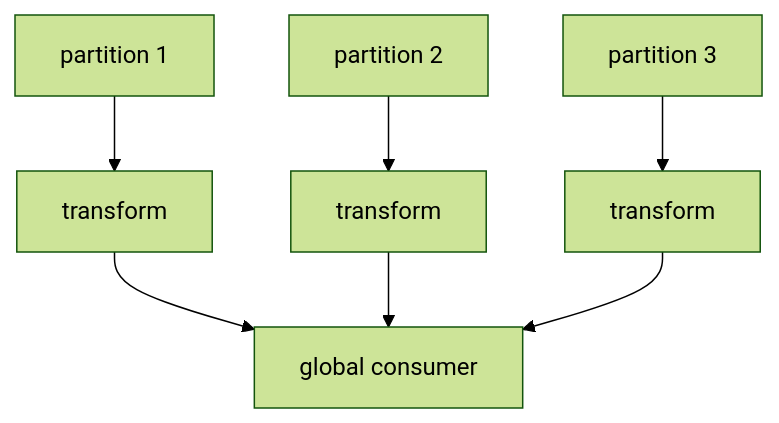
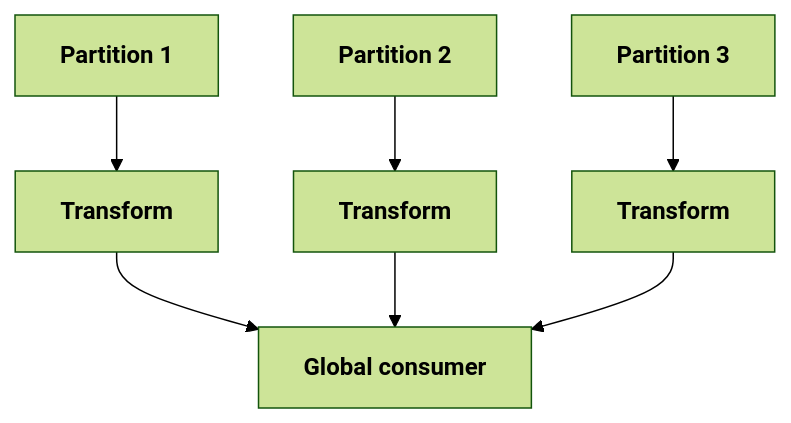
The third of 5 diagrams in docs/execution/plan.md (FAST-HEP/fasthep-flow), drawn with Mermaid (forest theme) before and after one commit. The commit also changed other lines of this file and 7 other files, not shown here.

````diff
--- a/docs/execution/plan.md
+++ b/docs/execution/plan.md
@@ -400,10 +405,10 @@
 ```{mermaid}
 flowchart TD
-    P1["partition 1"] --> T1["transform"]
-    P2["partition 2"] --> T2["transform"]
-    P3["partition 3"] --> T3["transform"]
+    P1["<b>Partition 1</b>"]:::source --> T1["<b>Transform</b>"]:::transform
+    P2["<b>Partition 2</b>"]:::source --> T2["<b>Transform</b>"]:::transform
+    P3["<b>Partition 3</b>"]:::source --> T3["<b>Transform</b>"]:::transform
 
-    T1 --> Global["global consumer"]
+    T1 --> Global["<b>Global consumer</b>"]:::sink
     T2 --> Global
     T3 --> Global
 ```
````
